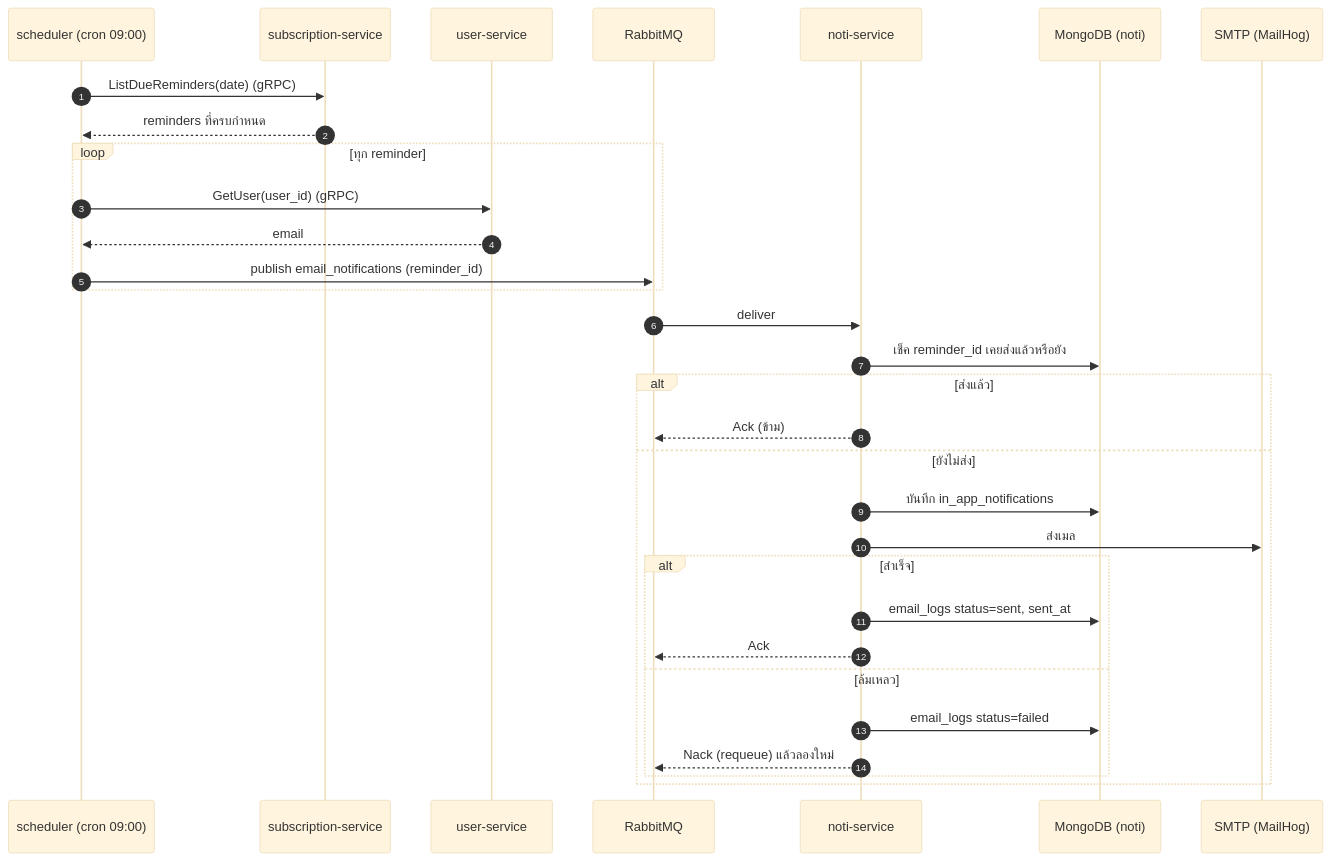
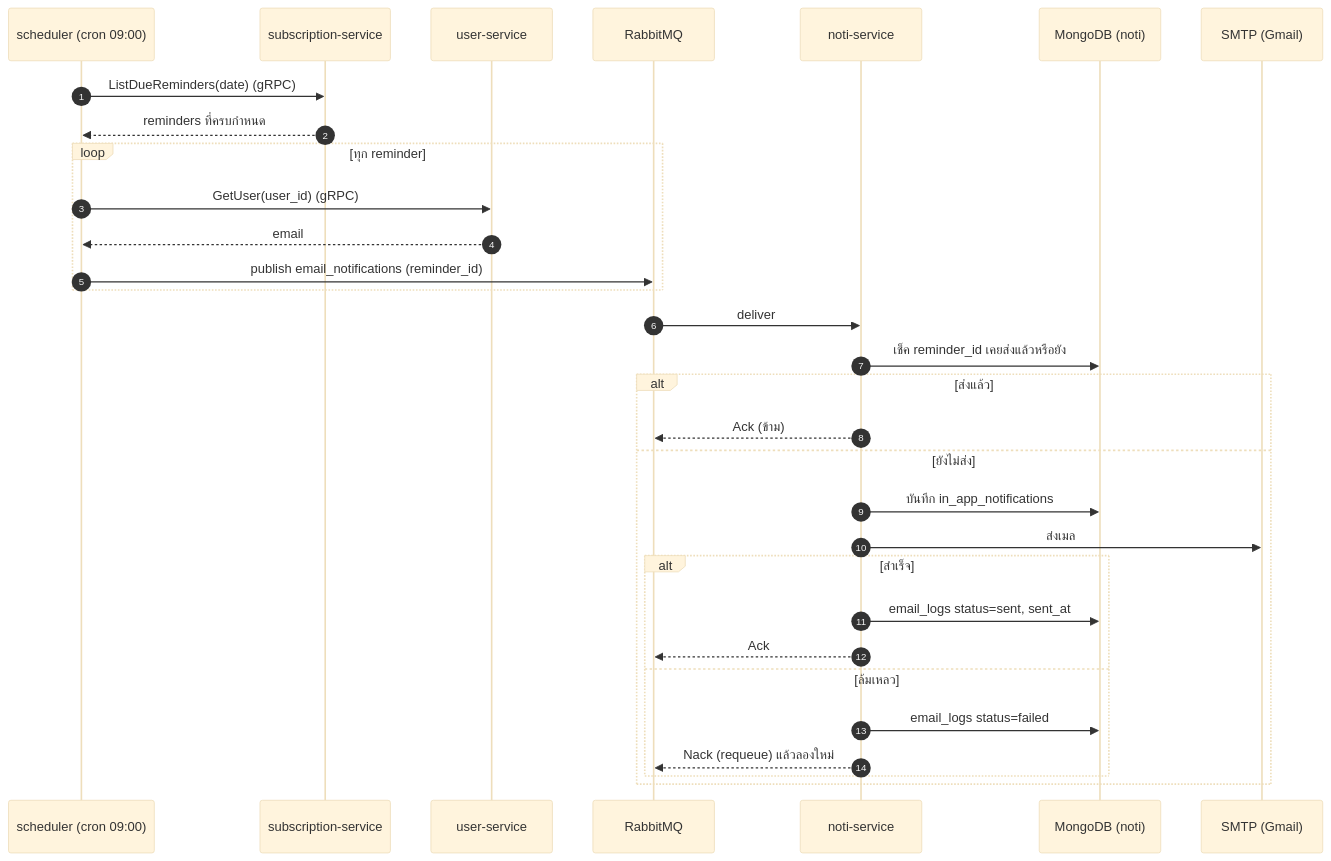
Before and after one commit to polar-bear-cu/sgt-deploy: the sixth of 7 diagrams in docs/diagrams.md, drawn with Mermaid (base theme). The commit also changed other lines of this file and 1 other file, not shown here.

Commit message:
docs: show gmail smtp on prod

````diff
--- a/docs/diagrams.md
+++ b/docs/diagrams.md
@@ -164,34 +164,34 @@
 ```mermaid
 sequenceDiagram
     autonumber
     participant S as scheduler (cron 09:00)
     participant SUB as subscription-service
     participant USR as user-service
     participant MQ as RabbitMQ
     participant N as noti-service
     participant DB as MongoDB (noti)
-    participant M as SMTP (MailHog)
+    participant M as SMTP (Gmail)
 
     S->>SUB: ListDueReminders(date) (gRPC)
     SUB-->>S: reminders ที่ครบกำหนด
     loop ทุก reminder
         S->>USR: GetUser(user_id) (gRPC)
         USR-->>S: email
         S->>MQ: publish email_notifications (reminder_id)
     end
     MQ->>N: deliver
     N->>DB: เช็ค reminder_id เคยส่งแล้วหรือยัง
     alt ส่งแล้ว
         N-->>MQ: Ack (ข้าม)
     else ยังไม่ส่ง
         N->>DB: บันทึก in_app_notifications
         N->>M: ส่งเมล
         alt สำเร็จ
             N->>DB: email_logs status=sent, sent_at
             N-->>MQ: Ack
         else ล้มเหลว
             N->>DB: email_logs status=failed
             N-->>MQ: Nack (requeue) แล้วลองใหม่
         end
     end
 ```
````
